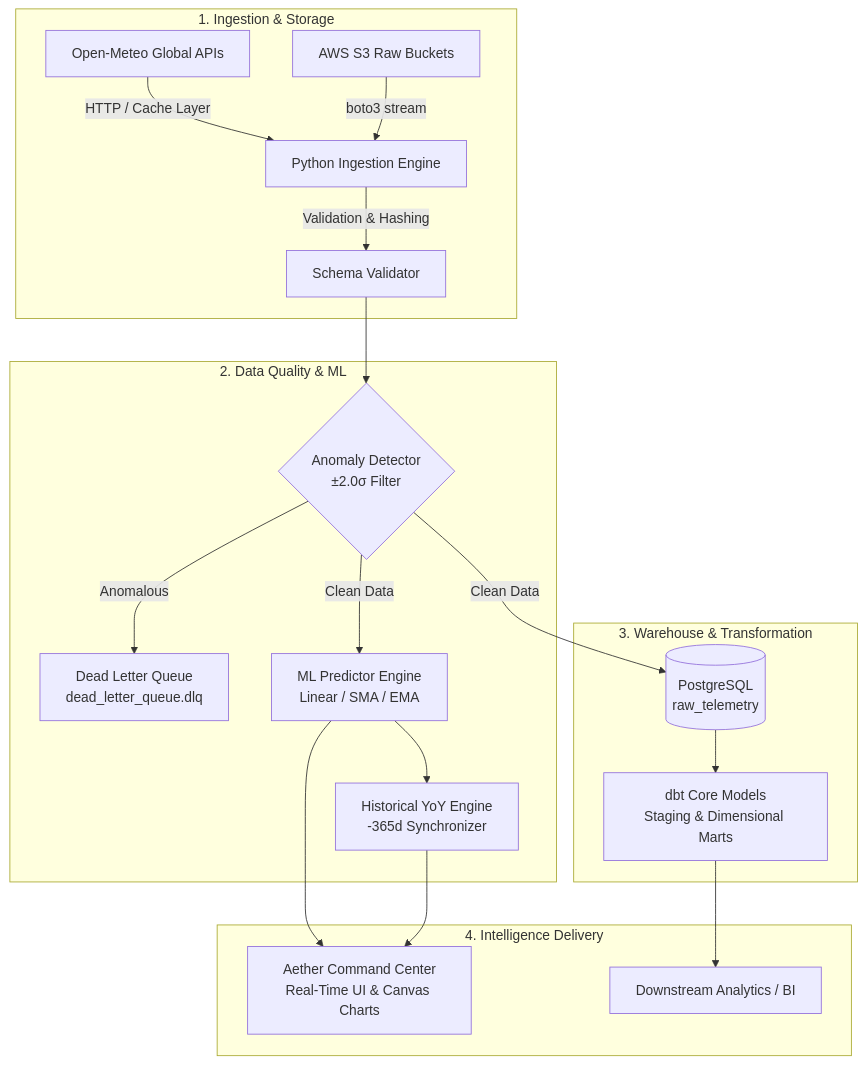
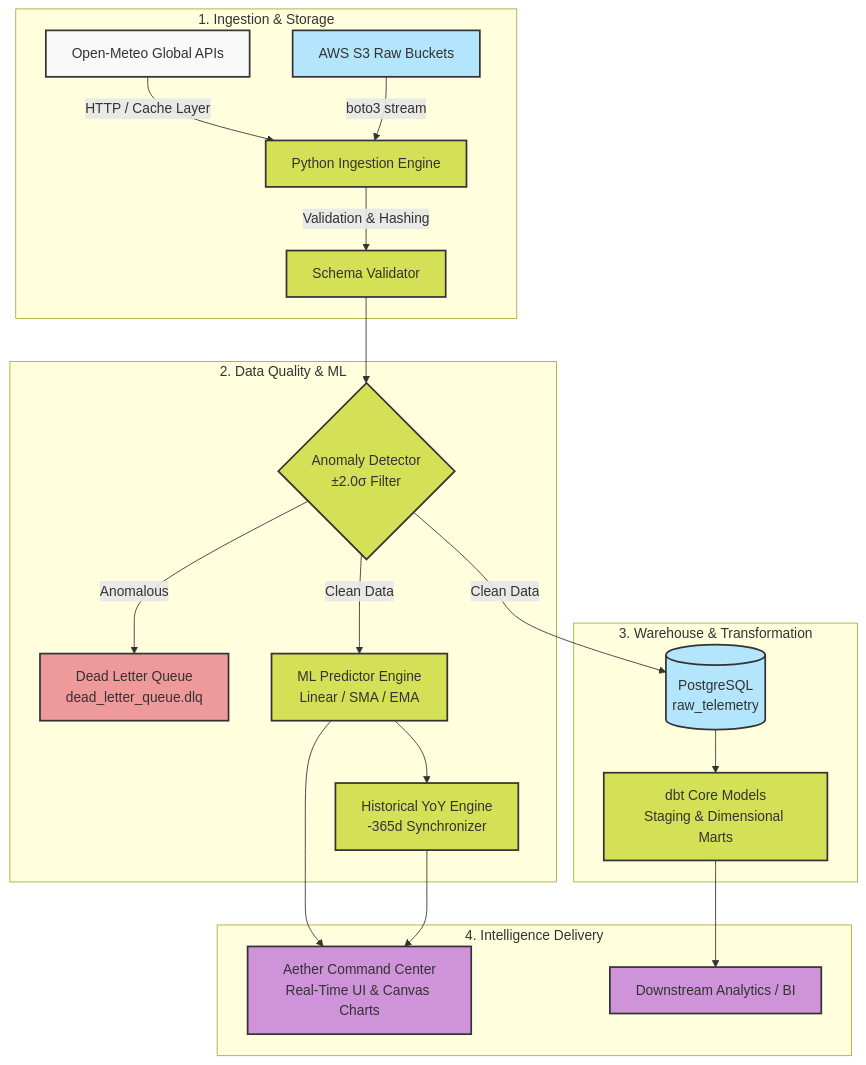
Before and after one commit to miladgk/aether-climate-engine: the diagram in README.md, drawn with Mermaid. The commit also changed other lines of this file and 2 other files, not shown here.

Commit message:
chore: enhance DX with Makefile, add pre-commit hooks, update README badges and diagram

````diff
--- a/README.md
+++ b/README.md
@@ -36,26 +38,38 @@
 ```mermaid
 flowchart TD
     subgraph Ingestion ["1. Ingestion & Storage"]
         API[Open-Meteo Global APIs] -->|HTTP / Cache Layer| ETL[Python Ingestion Engine]
         S3[AWS S3 Raw Buckets] -->|boto3 stream| ETL
         ETL -->|Validation & Hashing| VAL[Schema Validator]
     end
 
     subgraph Processing ["2. Data Quality & ML"]
         VAL --> AD{Anomaly Detector<br/>±2.0σ Filter}
         AD -->|Anomalous| DLQ[Dead Letter Queue<br/>dead_letter_queue.dlq]
         AD -->|Clean Data| ML[ML Predictor Engine<br/>Linear / SMA / EMA]
         ML --> ARCHIVE[Historical YoY Engine<br/>-365d Synchronizer]
     end
 
     subgraph Warehouse ["3. Warehouse & Transformation"]
         AD -->|Clean Data| PG[(PostgreSQL<br/>raw_telemetry)]
         PG --> DBT[dbt Core Models<br/>Staging & Dimensional Marts]
     end
 
     subgraph Visualization ["4. Intelligence Delivery"]
         ML --> DASH[Aether Command Center<br/>Real-Time UI & Canvas Charts]
         ARCHIVE --> DASH
         DBT --> BI[Downstream Analytics / BI]
     end
+
+    classDef default fill:#f9f9f9,stroke:#333,stroke-width:2px,color:#333;
+    classDef storage fill:#f9d0c4,stroke:#333,stroke-width:2px,color:#333;
+    classDef process fill:#d4e157,stroke:#333,stroke-width:2px,color:#333;
+    classDef error fill:#ef9a9a,stroke:#333,stroke-width:2px,color:#333;
+    classDef database fill:#b3e5fc,stroke:#333,stroke-width:2px,color:#333;
+    classDef dashboard fill:#ce93d8,stroke:#333,stroke-width:2px,color:#333;
+
+    class S3,PG database;
+    class ETL,VAL,AD,ML,ARCHIVE,DBT process;
+    class DLQ error;
+    class DASH,BI dashboard;
 ```
````
